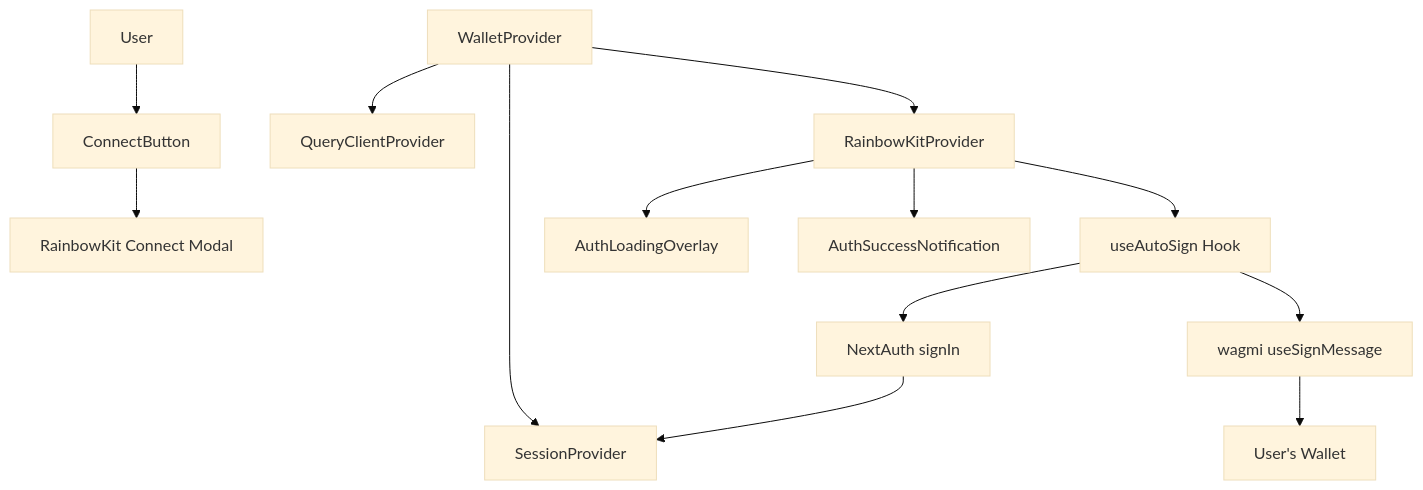
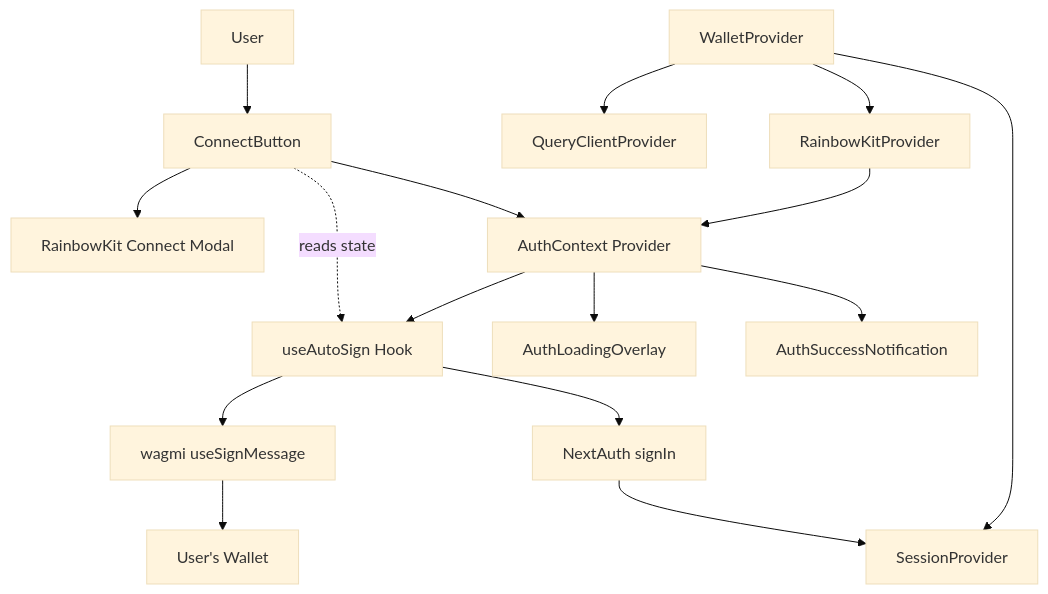
Before and after one commit to Gigentic/gigentic-escrow-minipay: the first of 3 diagrams in docs/AUTH_FLOW_V2.md, drawn with Mermaid (base theme). The commit also changed other lines of this file and 2 other files, not shown here.

Commit message:
Enhance ConnectButton to display "Signing in..." during authentication and implement AuthContext for shared authentication state across components. Refactor wallet-provider to provide authentication status.

````diff
--- a/docs/AUTH_FLOW_V2.md
+++ b/docs/AUTH_FLOW_V2.md
@@ -26,19 +28,23 @@
 ```mermaid
 graph TB
     User[User] --> ConnectButton[ConnectButton]
     ConnectButton --> RainbowKitModal[RainbowKit Connect Modal]
 
     WalletProvider[WalletProvider] --> SessionProvider[SessionProvider]
     WalletProvider --> QueryClient[QueryClientProvider]
     WalletProvider --> RainbowKitProvider[RainbowKitProvider]
 
-    RainbowKitProvider --> AutoSign[useAutoSign Hook]
-    RainbowKitProvider --> LoadingOverlay[AuthLoadingOverlay]
-    RainbowKitProvider --> SuccessNotif[AuthSuccessNotification]
+    RainbowKitProvider --> AuthContext[AuthContext Provider]
+    AuthContext --> AutoSign[useAutoSign Hook]
+    AuthContext --> LoadingOverlay[AuthLoadingOverlay]
+    AuthContext --> SuccessNotif[AuthSuccessNotification]
+
+    ConnectButton --> AuthContext
+    ConnectButton -.reads state.-> AutoSign
 
     AutoSign --> SignMessage[wagmi useSignMessage]
     AutoSign --> NextAuth[NextAuth signIn]
 
     SignMessage --> Wallet[User's Wallet]
     NextAuth --> SessionProvider
 ```
````
